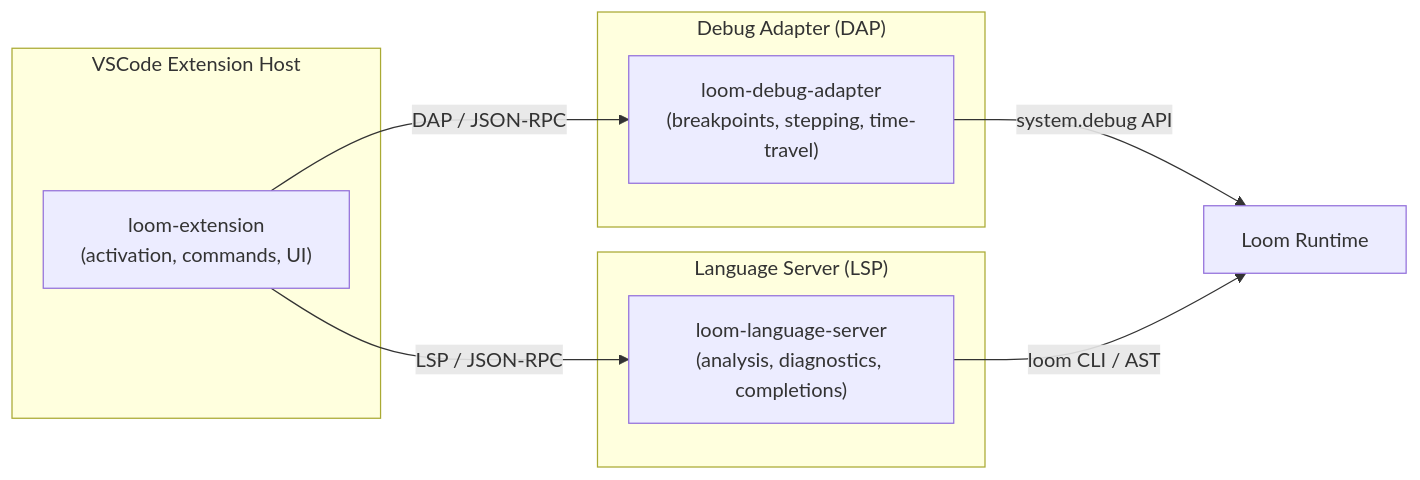
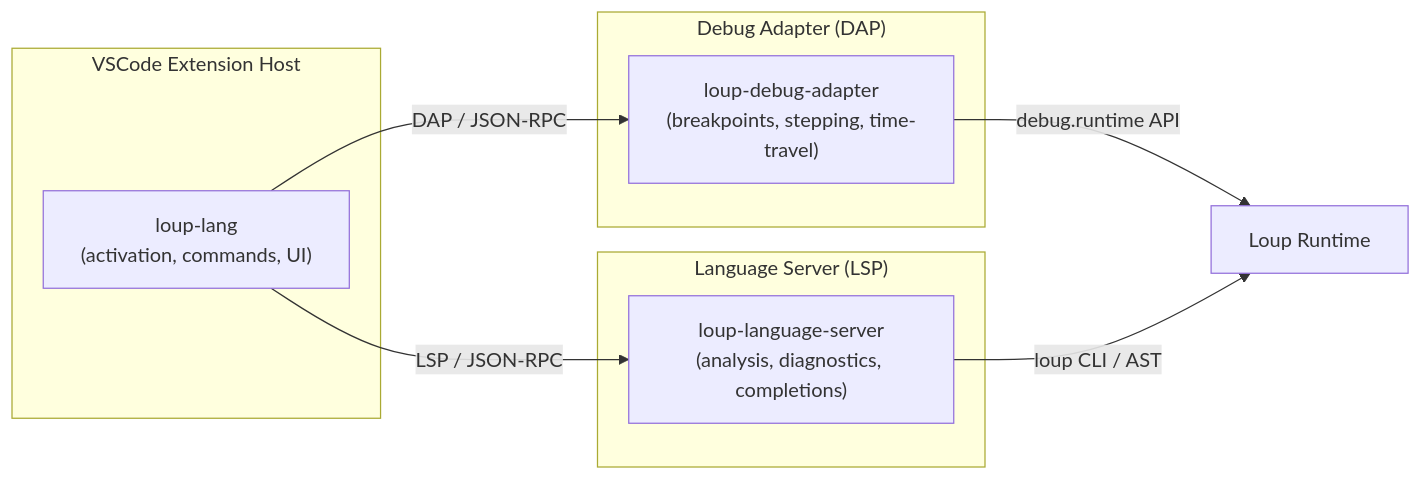
Before and after one commit to code-craft-ai-company/loup-vscode-extension: the diagram in specs/implementation-plan.md, drawn with Mermaid. The commit also changed other lines of this file and 61 other files, not shown here.

First line of the commit message:
Rename extension from Loom to Loup v1.20 and support mode-flavored file extensions

````diff
--- a/specs/implementation-plan.md
+++ b/specs/implementation-plan.md
@@ -11,16 +11,16 @@
 ```mermaid
 graph LR
     subgraph "VSCode Extension Host"
-        A["loom-extension<br/>(activation, commands, UI)"]
+        A["loup-lang<br/>(activation, commands, UI)"]
     end
     subgraph "Language Server (LSP)"
-        B["loom-language-server<br/>(analysis, diagnostics, completions)"]
+        B["loup-language-server<br/>(analysis, diagnostics, completions)"]
     end
     subgraph "Debug Adapter (DAP)"
-        C["loom-debug-adapter<br/>(breakpoints, stepping, time-travel)"]
+        C["loup-debug-adapter<br/>(breakpoints, stepping, time-travel)"]
     end
     A -- "LSP / JSON-RPC" --> B
     A -- "DAP / JSON-RPC" --> C
-    C -- "system.debug API" --> D["Loom Runtime"]
-    B -- "loom CLI / AST" --> D
+    C -- "debug.runtime API" --> D["Loup Runtime"]
+    B -- "loup CLI / AST" --> D
 ```
````
